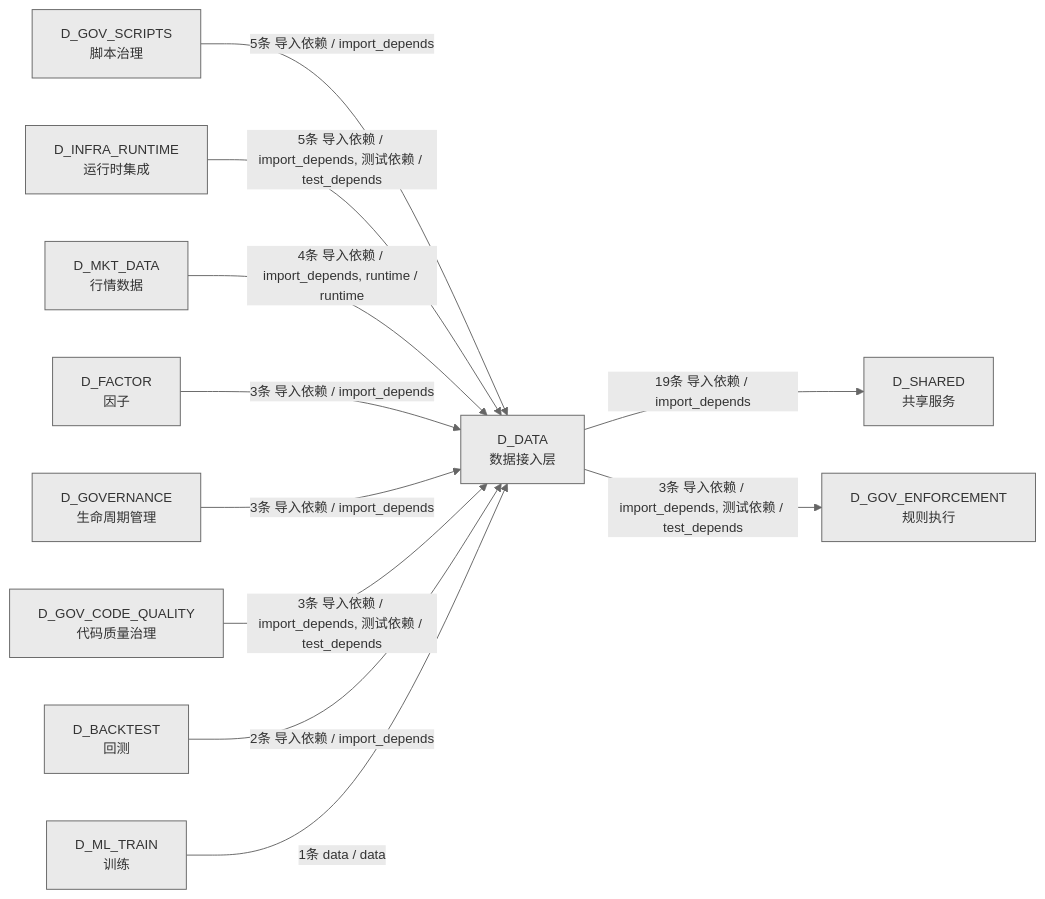
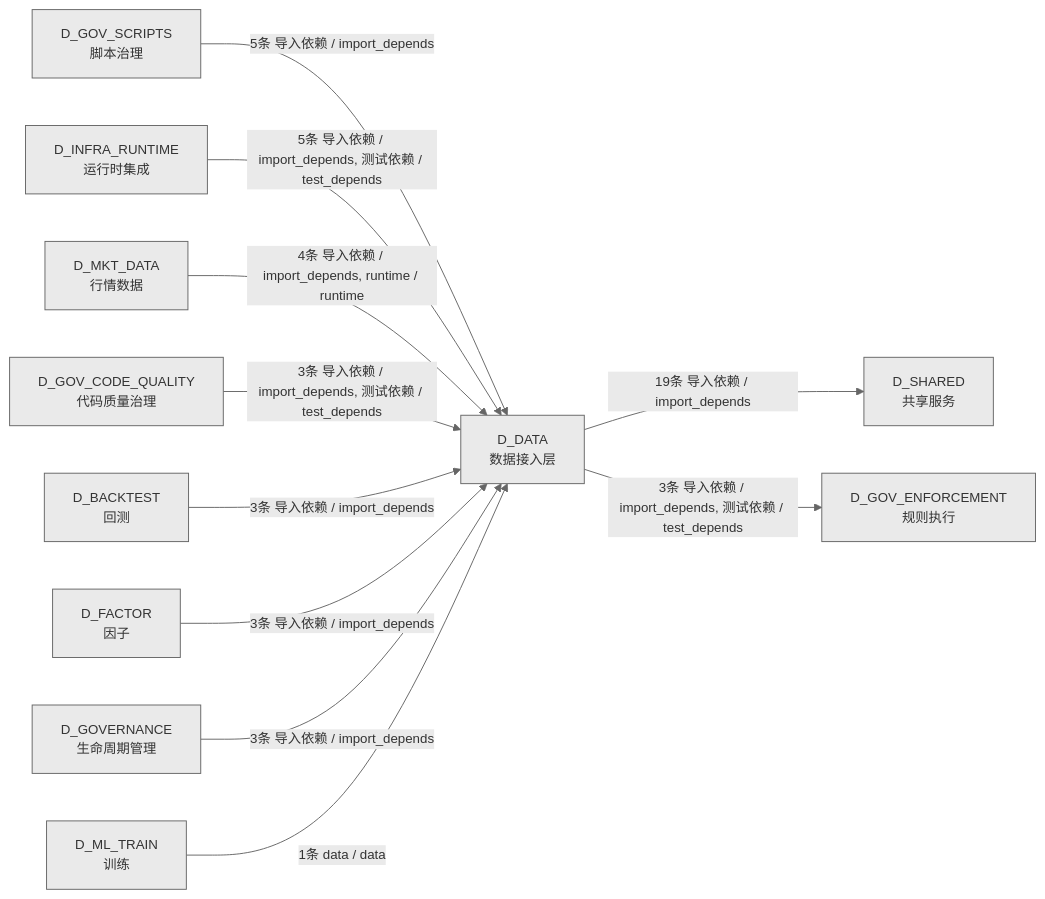
The fourth of 4 diagrams in docs/02_enterprise_architecture/02_domain_architecture_docs/11_d_data.md (xuanFelixVan/ZephyrAlpha), drawn with Mermaid before and after one commit. The commit also changed other lines of this file and 51 other files, not shown here.

````diff
--- a/docs/02_enterprise_architecture/02_domain_architecture_docs/11_d_data.md
+++ b/docs/02_enterprise_architecture/02_domain_architecture_docs/11_d_data.md
@@ -1372,25 +1373,25 @@
 ```mermaid
 %%{init: {'theme': 'base', 'themeVariables': {'primaryColor': '#eaeaea', 'primaryTextColor': '#333333', 'primaryBorderColor': '#666666', 'lineColor': '#666666', 'secondaryColor': '#eaeaea', 'tertiaryColor': '#eaeaea', 'fontSize': '14px'}}}%%
 graph LR
     D_DATA["D_DATA<br/>数据接入层"]
     D_SHARED["D_SHARED<br/>共享服务"]
     D_GOV_ENFORCEMENT["D_GOV_ENFORCEMENT<br/>规则执行"]
     D_GOV_SCRIPTS["D_GOV_SCRIPTS<br/>脚本治理"]
     D_INFRA_RUNTIME["D_INFRA_RUNTIME<br/>运行时集成"]
     D_MKT_DATA["D_MKT_DATA<br/>行情数据"]
+    D_GOV_CODE_QUALITY["D_GOV_CODE_QUALITY<br/>代码质量治理"]
+    D_BACKTEST["D_BACKTEST<br/>回测"]
     D_FACTOR["D_FACTOR<br/>因子"]
     D_GOVERNANCE["D_GOVERNANCE<br/>生命周期管理"]
-    D_GOV_CODE_QUALITY["D_GOV_CODE_QUALITY<br/>代码质量治理"]
-    D_BACKTEST["D_BACKTEST<br/>回测"]
     D_ML_TRAIN["D_ML_TRAIN<br/>训练"]
     D_DATA -->|19条 导入依赖 / import_depends| D_SHARED
     D_DATA -->|3条 导入依赖 / import_depends, 测试依赖 / test_depends| D_GOV_ENFORCEMENT
     D_GOV_SCRIPTS -->|5条 导入依赖 / import_depends| D_DATA
     D_INFRA_RUNTIME -->|5条 导入依赖 / import_depends, 测试依赖 / test_depends| D_DATA
     D_MKT_DATA -->|4条 导入依赖 / import_depends, runtime / runtime| D_DATA
+    D_GOV_CODE_QUALITY -->|3条 导入依赖 / import_depends, 测试依赖 / test_depends| D_DATA
+    D_BACKTEST -->|3条 导入依赖 / import_depends| D_DATA
     D_FACTOR -->|3条 导入依赖 / import_depends| D_DATA
     D_GOVERNANCE -->|3条 导入依赖 / import_depends| D_DATA
-    D_GOV_CODE_QUALITY -->|3条 导入依赖 / import_depends, 测试依赖 / test_depends| D_DATA
-    D_BACKTEST -->|2条 导入依赖 / import_depends| D_DATA
     D_ML_TRAIN -->|1条 data / data| D_DATA
 ```
````
